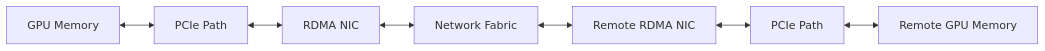
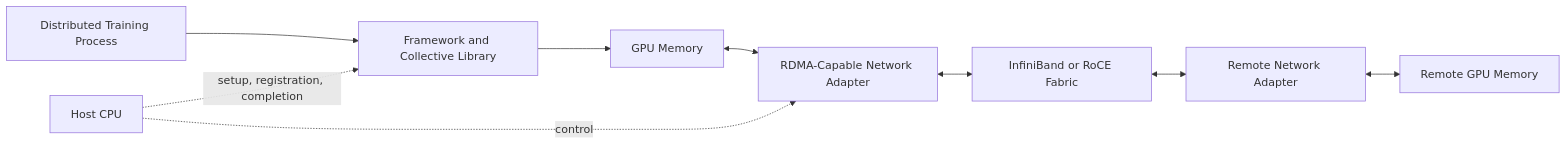
The first of 3 diagrams in docs/nvidia-zero-to-hero/volume-07/chapter-05-gpudirect-rdma.md (jithinpnjm/nvidia-devops), drawn with Mermaid before and after one commit. The commit also changed other lines of this file and 7 other files, not shown here.

````diff
--- a/docs/nvidia-zero-to-hero/volume-07/chapter-05-gpudirect-rdma.md
+++ b/docs/nvidia-zero-to-hero/volume-07/chapter-05-gpudirect-rdma.md
@@ -18,9 +54,19 @@
 ```mermaid
 flowchart LR
-    G0[GPU Memory] <--> P0[PCIe Path]
-    P0 <--> N0[RDMA NIC]
-    N0 <--> Fabric[Network Fabric]
-    Fabric <--> N1[Remote RDMA NIC]
-    N1 <--> P1[PCIe Path]
-    P1 <--> G1[Remote GPU Memory]
+    App[Distributed Training Process]
+    Runtime[Framework and Collective Library]
+    GPU[GPU Memory]
+    NIC[RDMA-Capable Network Adapter]
+    Fabric[InfiniBand or RoCE Fabric]
+    RemoteNIC[Remote Network Adapter]
+    RemoteGPU[Remote GPU Memory]
+    CPU[Host CPU]
+
+    App --> Runtime
+    Runtime --> GPU
+    GPU <--> NIC
+    NIC <--> Fabric <--> RemoteNIC
+    RemoteNIC <--> RemoteGPU
+    CPU -. setup, registration, completion .-> Runtime
+    CPU -. control .-> NIC
 ```
````
